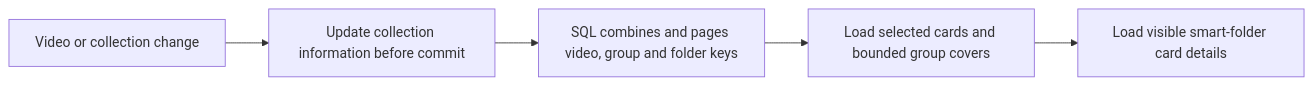
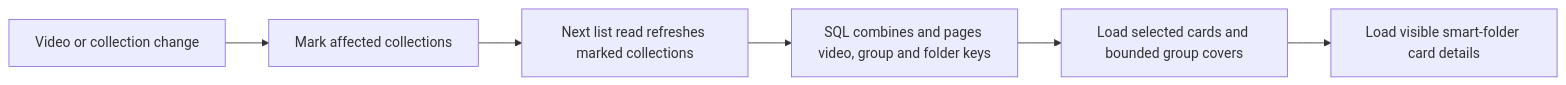
The diagram in docs/design-docs/home.md (syudead/vv), drawn with Mermaid before and after one commit. The commit also changed other lines of this file and 4 other files, not shown here.

First line of the commit message:
Refresh collection values on read instead of in every write

````diff
--- a/docs/design-docs/home.md
+++ b/docs/design-docs/home.md
@@ -52,7 +54,8 @@
 ```mermaid
 flowchart LR
-  write[Video or collection change] --> saved[Update collection information before commit]
+  write[Video or collection change] --> marked[Mark affected collections]
+  marked --> saved[Next list read refreshes marked collections]
   saved --> keys[SQL combines and pages video, group and folder keys]
   keys --> page[Load selected cards and bounded group covers]
   page --> lazy[Load visible smart-folder card details]
 ```
````
